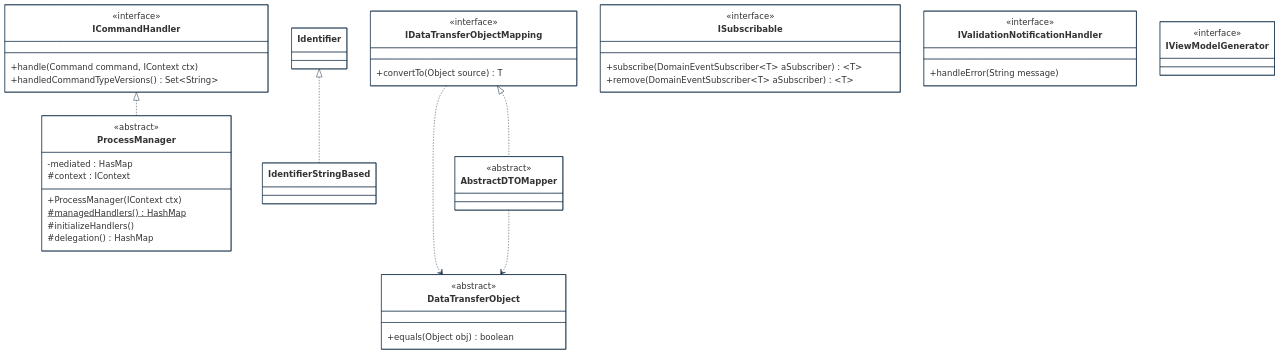
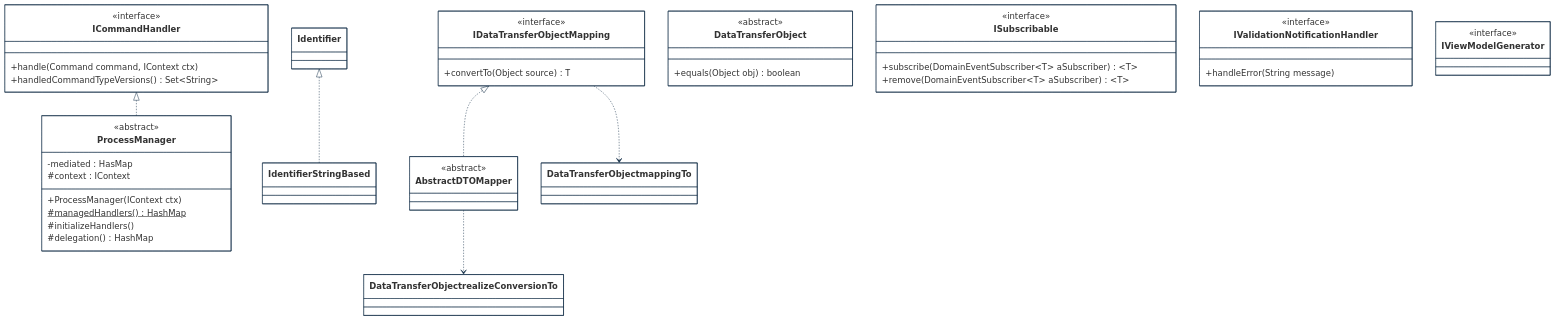
One commit to cybnity/foundation changed the second of 3 diagrams in implementations-line/framework/domain/designview-structure-models.md. Above: the diagram before and after it, drawn with Mermaid.

````diff
--- a/implementations-line/framework/domain/designview-structure-models.md
+++ b/implementations-line/framework/domain/designview-structure-models.md
@@ -161,64 +161,64 @@
 ```mermaid
 %%{
   init: {
     'theme': 'base',
     'themeVariables': {
         'background': '#ffffff',
         'fontFamily': 'arial',
         'fontSize': '18px',
         'primaryColor': '#fff',
         'primaryBorderColor': '#0e2a43',
         'secondaryBorderColor': '#0e2a43',
         'tertiaryBorderColor': '#0e2a43',
         'edgeLabelBackground':'#0e2a43',
         'lineColor': '#0e2a43',
         'tertiaryColor': '#fff'
     }
   }
 }%%
 classDiagram
     ICommandHandler <|.. ProcessManager
     Identifier <|.. IdentifierStringBased
     IDataTransferObjectMapping <|.. AbstractDTOMapper
-    IDataTransferObjectMapping ..> DataTransferObject
-    AbstractDTOMapper ..> DataTransferObject
+    IDataTransferObjectMapping ..> DataTransferObject mappingTo
+    AbstractDTOMapper ..> DataTransferObject realizeConversionTo
     
     class ICommandHandler {
         <<interface>>
         +handle(Command command, IContext ctx)
         +handledCommandTypeVersions() Set~String~
     }
     class DataTransferObject {
         <<abstract>>
         +equals(Object obj) boolean
     }
     class ProcessManager {
         <<abstract>>
         -mediated : HasMap
         #context : IContext
         +ProcessManager(IContext ctx)
         #managedHandlers()$ HashMap
         #initializeHandlers()
         #delegation() HashMap
     }
     class ISubscribable {
         <<interface>>
         +subscribe(DomainEventSubscriber~T~ aSubscriber) ~T~
         +remove(DomainEventSubscriber~T~ aSubscriber) ~T~
     }
     class IValidationNotificationHandler {
         <<interface>>
         +handleError(String message)
     }
     class IViewModelGenerator {
         <<interface>>
     }
     class IDataTransferObjectMapping {
         <<interface>>
         +convertTo(Object source) T
     }
     class AbstractDTOMapper {
         <<abstract>>
     }
 
 ```
````
